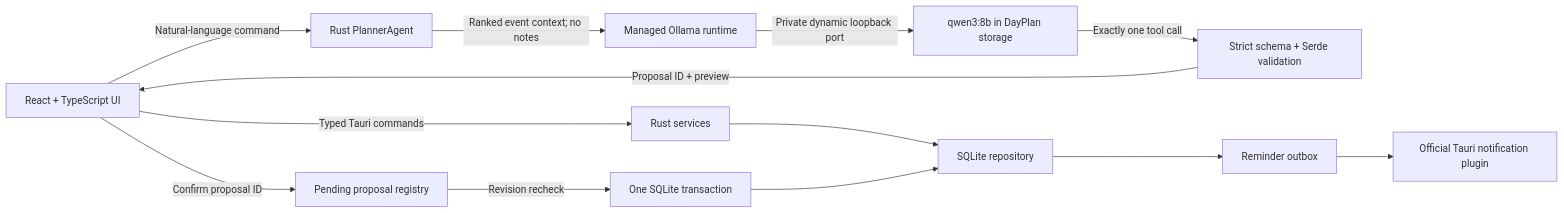
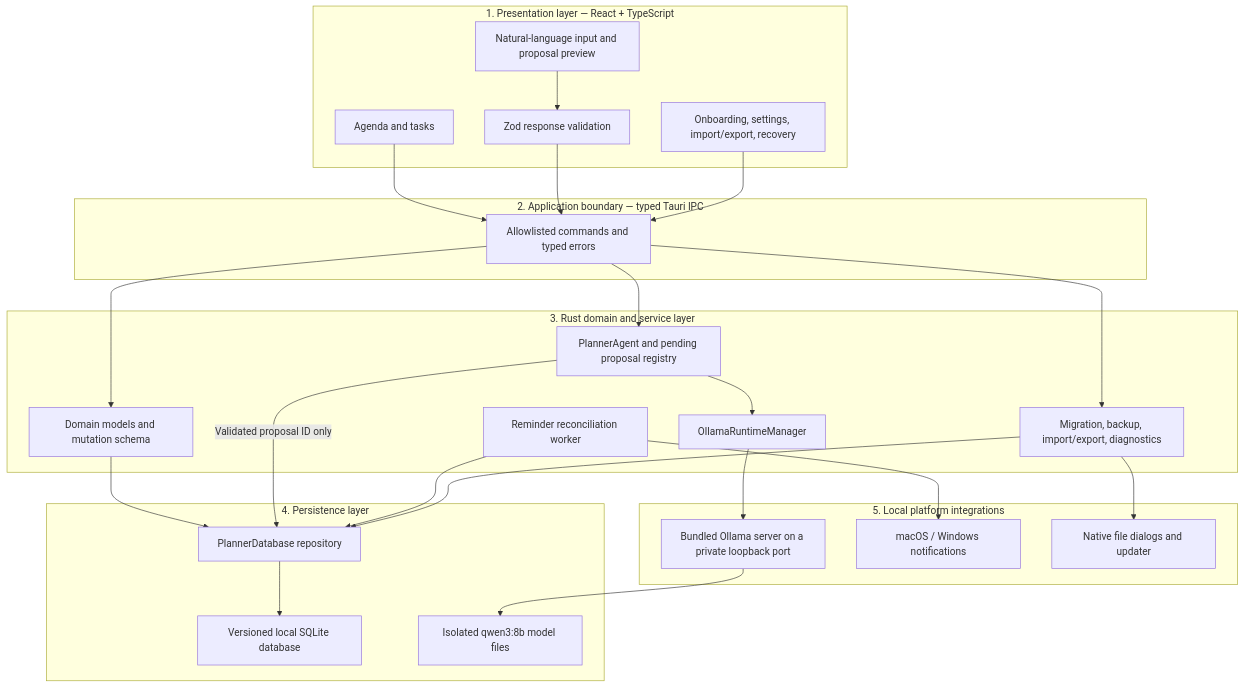
Before and after one commit to Von-Van/DayPlan: the first of 3 diagrams in README.md, drawn with Mermaid. The commit also changed other lines of this file, not shown here.

````diff
--- a/README.md
+++ b/README.md
@@ -13,15 +26,48 @@
 ```mermaid
-flowchart LR
-  U["React + TypeScript UI"] -->|"Typed Tauri commands"| R["Rust services"]
-  R --> D["SQLite repository"]
-  U -->|"Natural-language command"| A["Rust PlannerAgent"]
-  A -->|"Ranked event context; no notes"| M["Managed Ollama runtime"]
-  M -->|"Private dynamic loopback port"| O["qwen3:8b in DayPlan storage"]
-  O -->|"Exactly one tool call"| V["Strict schema + Serde validation"]
-  V -->|"Proposal ID + preview"| U
-  U -->|"Confirm proposal ID"| P["Pending proposal registry"]
-  P -->|"Revision recheck"| T["One SQLite transaction"]
-  T --> D
-  D --> X["Reminder outbox"]
-  X --> N["Official Tauri notification plugin"]
+flowchart TB
+  subgraph presentation["1. Presentation layer — React + TypeScript"]
+    Agenda["Agenda and tasks"]
+    PlannerUI["Natural-language input and proposal preview"]
+    Settings["Onboarding, settings, import/export, recovery"]
+    Boundary["Zod response validation"]
+  end
+
+  subgraph ipc["2. Application boundary — typed Tauri IPC"]
+    Commands["Allowlisted commands and typed errors"]
+  end
+
+  subgraph domain["3. Rust domain and service layer"]
+    Models["Domain models and mutation schema"]
+    Agent["PlannerAgent and pending proposal registry"]
+    Runtime["OllamaRuntimeManager"]
+    Reminder["Reminder reconciliation worker"]
+    Files["Migration, backup, import/export, diagnostics"]
+  end
+
+  subgraph persistence["4. Persistence layer"]
+    Repo["PlannerDatabase repository"]
+    SQLite["Versioned local SQLite database"]
+    ModelStore["Isolated qwen3:8b model files"]
+  end
+
+  subgraph native["5. Local platform integrations"]
+    Ollama["Bundled Ollama server on a private loopback port"]
+    Notifications["macOS / Windows notifications"]
+    Dialogs["Native file dialogs and updater"]
+  end
+
+  Agenda --> Commands
+  PlannerUI --> Boundary --> Commands
+  Settings --> Commands
+  Commands --> Models
+  Commands --> Agent
+  Commands --> Files
+  Agent --> Runtime --> Ollama
+  Ollama --> ModelStore
+  Models --> Repo --> SQLite
+  Agent -->|"Validated proposal ID only"| Repo
+  Reminder --> Repo
+  Reminder --> Notifications
+  Files --> Repo
+  Files --> Dialogs
 ```
````
